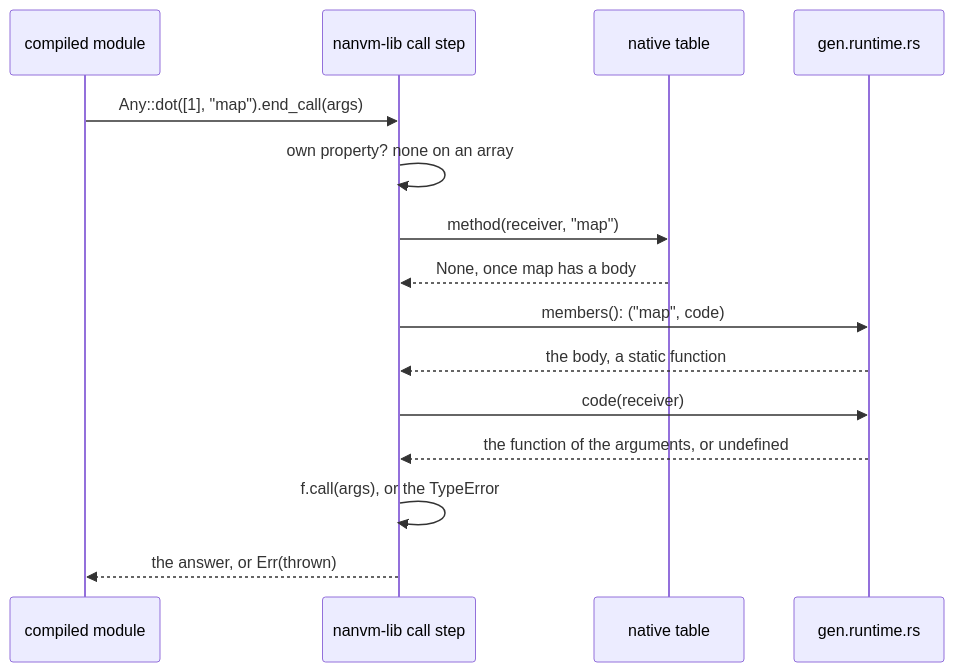
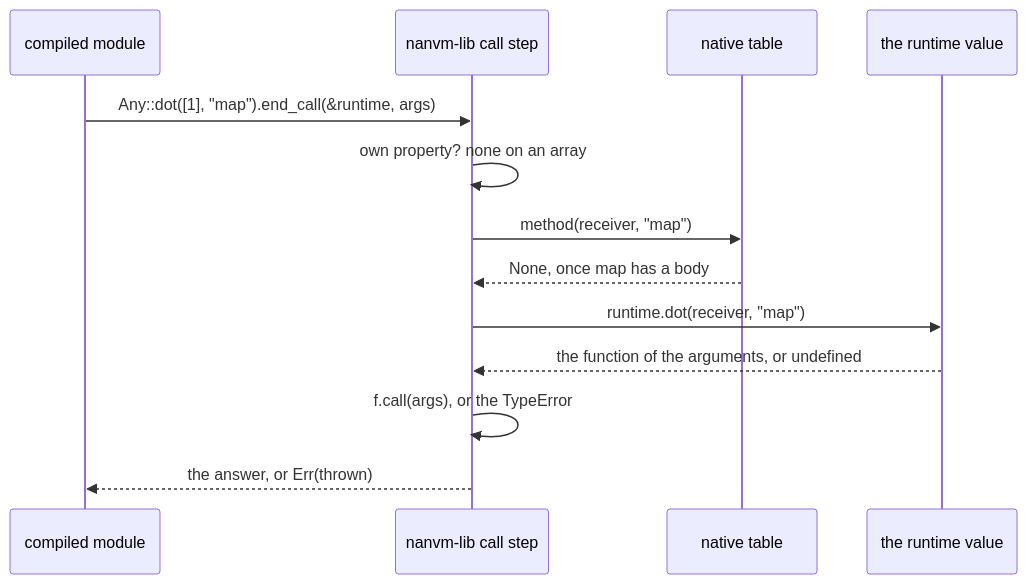
The second of 2 diagrams in fjs/js/runtime/README.md (functionalscript/functionalscript), drawn with Mermaid before and after one commit. The commit also changed other lines of this file and 208 other files, not shown here.

````diff
--- a/fjs/js/runtime/README.md
+++ b/fjs/js/runtime/README.md
@@ -169,17 +173,15 @@
 ```mermaid
 sequenceDiagram
     participant M as compiled module
     participant L as nanvm-lib call step
     participant T as native table
-    participant R as gen.runtime.rs
-    M->>L: Any::dot([1], "map").end_call(args)
+    participant R as the runtime value
+    M->>L: Any::dot([1], "map").end_call(&runtime, args)
     L->>L: own property? none on an array
     L->>T: method(receiver, "map")
     T-->>L: None, once map has a body
-    L->>R: members(): ("map", code)
-    R-->>L: the body, a static function
-    L->>R: code(receiver)
+    L->>R: runtime.dot(receiver, "map")
     R-->>L: the function of the arguments, or undefined
     L->>L: f.call(args), or the TypeError
     L-->>M: the answer, or Err(thrown)
 ```
````
